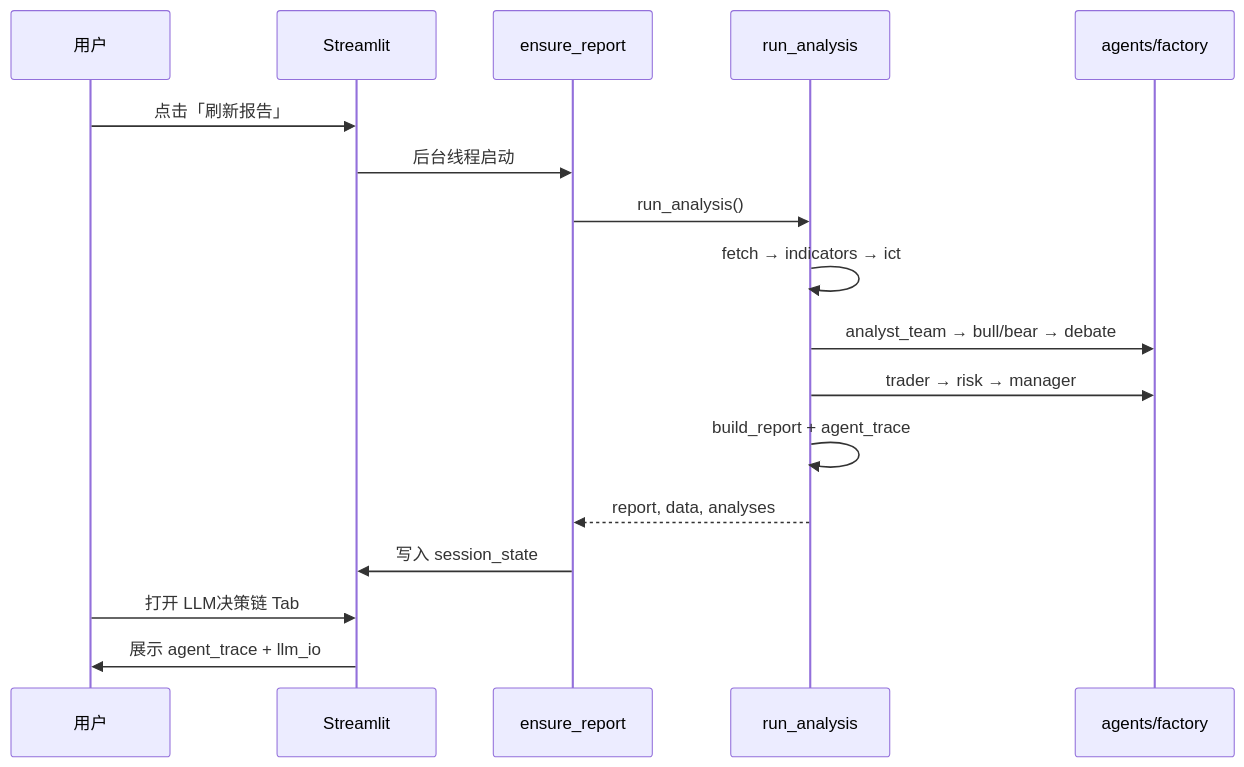
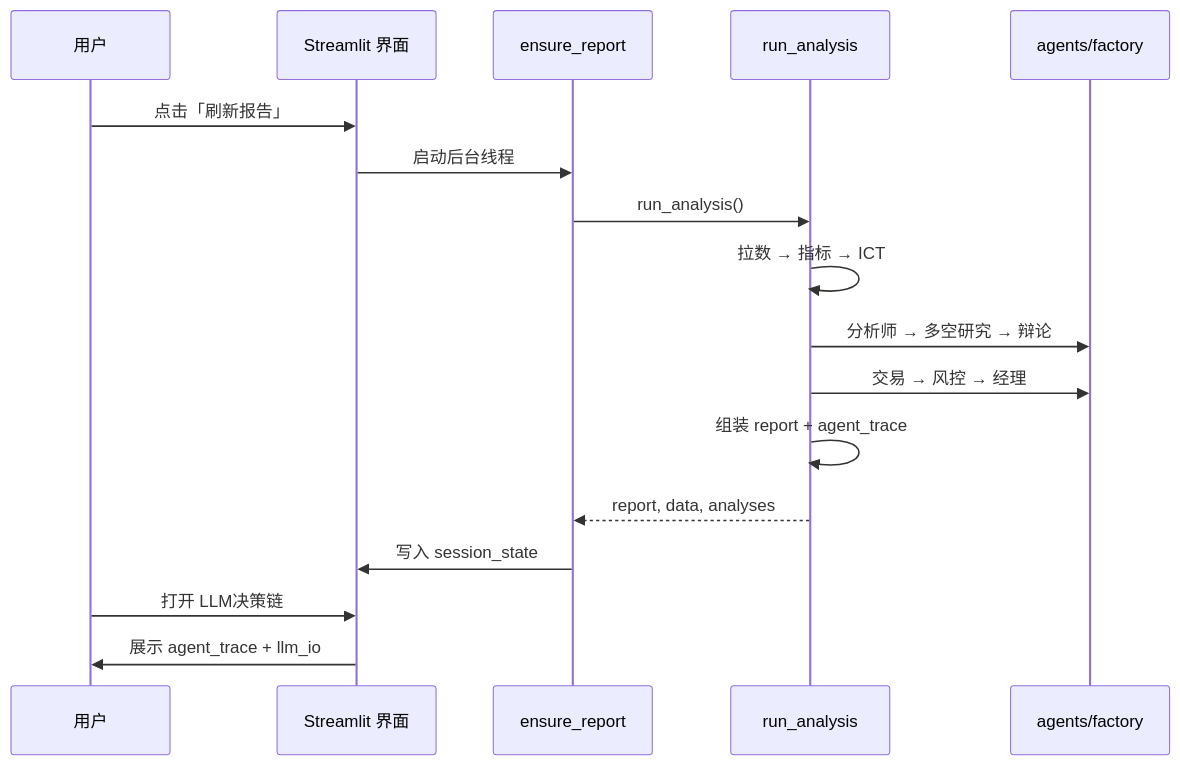
One commit to vbqx/GoldAnalysisAI changed the second of 2 diagrams in docs/walkthrough.md. Above: the diagram before and after it, drawn with Mermaid. The commit also changed other lines of this file and 10 other files, not shown here.

````diff
--- a/docs/walkthrough.md
+++ b/docs/walkthrough.md
@@ -118,20 +118,20 @@
 ```mermaid
 sequenceDiagram
-    participant U as 用户
-    participant UI as Streamlit
-    participant ER as ensure_report
-    participant PL as run_analysis
-    participant AG as agents/factory
+    participant 用户
+    participant 界面 as Streamlit 界面
+    participant 缓存 as ensure_report
+    participant 流水线 as run_analysis
+    participant 智能体 as agents/factory
 
-    U->>UI: 点击「刷新报告」
-    UI->>ER: 后台线程启动
-    ER->>PL: run_analysis()
-    PL->>PL: fetch → indicators → ict
-    PL->>AG: analyst_team → bull/bear → debate
-    PL->>AG: trader → risk → manager
-    PL->>PL: build_report + agent_trace
-    PL-->>ER: report, data, analyses
-    ER->>UI: 写入 session_state
-    U->>UI: 打开 LLM决策链 Tab
-    UI->>U: 展示 agent_trace + llm_io
+    用户->>界面: 点击「刷新报告」
+    界面->>缓存: 启动后台线程
+    缓存->>流水线: run_analysis()
+    流水线->>流水线: 拉数 → 指标 → ICT
+    流水线->>智能体: 分析师 → 多空研究 → 辩论
+    流水线->>智能体: 交易 → 风控 → 经理
+    流水线->>流水线: 组装 report + agent_trace
+    流水线-->>缓存: report, data, analyses
+    缓存->>界面: 写入 session_state
+    用户->>界面: 打开 LLM决策链
+    界面->>用户: 展示 agent_trace + llm_io
 ```
````
